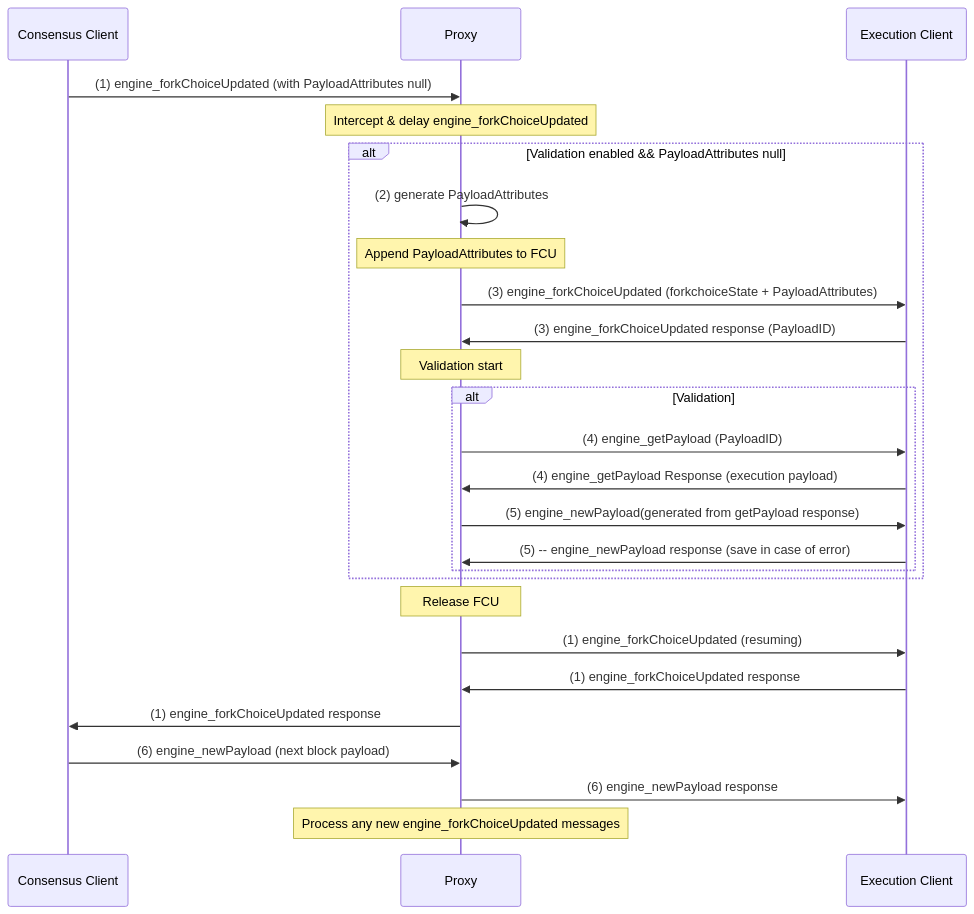
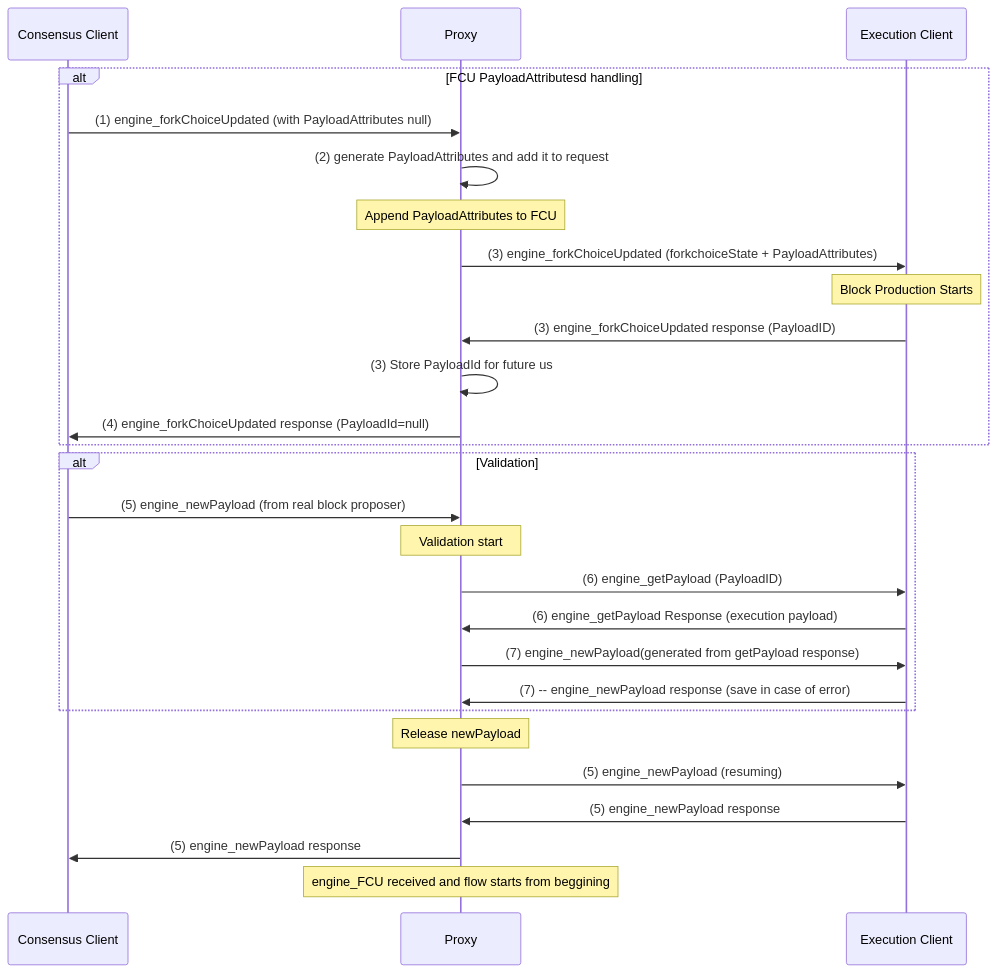
One commit to NethermindEth/nethermind changed the diagram in tools/EngineApiProxy/README.md. Above: the diagram before and after it, drawn with Mermaid.

Commit message:
Add changes to message flow

````diff
--- a/tools/EngineApiProxy/README.md
+++ b/tools/EngineApiProxy/README.md
@@ -97,45 +97,49 @@
 ```mermaid
 sequenceDiagram
     participant CL as Consensus Client
     participant P as Proxy
     participant EC as Execution Client
 
+    alt FCU PayloadAttributesd handling
     %% Step 1: CL sends engine_forkChoiceUpdated
     CL->>P: (1) engine_forkChoiceUpdated (with PayloadAttributes null)
-    Note over P: Intercept & delay engine_forkChoiceUpdated
     
-    %% Step 2: based on request (1) PR generates PayloadAttributes
-    alt Validation enabled && PayloadAttributes null
-    
-    P->>P: (2) generate PayloadAttributes
+    %% Step 2: based on request (1) PR generates PayloadAttributes    
+    P->>P: (2) generate PayloadAttributes and add it to request
     Note over P: Append PayloadAttributes to FCU
     
     %% Step 3: PR sends generated request (2) to EL
     P->>EC: (3) engine_forkChoiceUpdated (forkchoiceState + PayloadAttributes)
+    Note over EC: Block Production Starts
     EC->>P: (3) engine_forkChoiceUpdated response (PayloadID)
-       
-    %% Step 4: getting PayloadID from EL (3), sending engine_getPayload with it
-    Note over P: Validation start
-    alt Validation
-    P->>EC: (4) engine_getPayload (PayloadID)
-    EC->>P: (4) engine_getPayload Response (execution payload)
-    
-    %% Step 5: Sending engine_newPayload with generated (4) payload
-    P->>EC: (5) engine_newPayload(generated from getPayload response)
-    EC->>P: (5) -- engine_newPayload response (save in case of error)
+    P->>P: (3) Store PayloadId for future us
+
+    %% Step 4: Respond to CL with PayloadId null
+    P->>CL: (4) engine_forkChoiceUpdated response (PayloadId=null)
     end
 
+    
+    alt Validation
+    %% Step 5: engine_newPaylaod triggers Validation flow
+    CL->>P: (5) engine_newPayload (from real block proposer)
+    
+    %% Step 6: getting PayloadID from EL (3), sending engine_getPayload with it
+    Note over P: Validation start
+    P->>EC: (6) engine_getPayload (PayloadID)
+    EC->>P: (6) engine_getPayload Response (execution payload)
+    
+    %% Step 7: Sending engine_newPayload with generated (4) payload
+    P->>EC: (7) engine_newPayload(generated from getPayload response)
+    EC->>P: (7) -- engine_newPayload response (save in case of error)
     end
-    %% Step 6: Release blocked original FCU request (1)
-    Note over P: Release FCU
-    P->>EC: (1) engine_forkChoiceUpdated (resuming)
-    EC->>P: (1) engine_forkChoiceUpdated response
-    P->>CL: (1) engine_forkChoiceUpdated response 
-    
-    %% Step 7: Proceed a valid engine_newPayload (if any)
-    CL->>P: (6) engine_newPayload (next block payload)
-    P->>EC: (6) engine_newPayload response
-   
-    Note over P: Process any new engine_forkChoiceUpdated messages
+
+    %% Step 8: Release blocked original newPayload request (5)
+    Note over P: Release newPayload
+    P->>EC: (5) engine_newPayload (resuming)
+    EC->>P: (5) engine_newPayload response
+    P->>CL: (5) engine_newPayload response 
+
+    %% Step 9: engine_FCU received and flow starts from beggining
+    Note over P: engine_FCU received and flow starts from beggining
 
 ```
````
